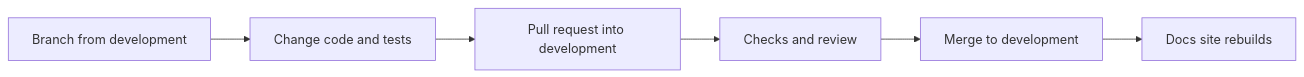
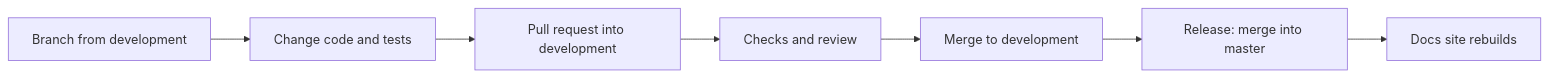
The diagram in documentation/developer-guide/index.md (cstuart-loomconnect/AIAssist-Docs), drawn with Mermaid before and after one commit. The commit also changed other lines of this file and 4 other files, not shown here.

First line of the commit message:
docs: build the site from master so every release republishes it

````diff
--- a/documentation/developer-guide/index.md
+++ b/documentation/developer-guide/index.md
@@ -29,8 +29,9 @@
 ```mermaid
 flowchart LR
     A[Branch from development] --> B[Change code and tests]
     B --> C[Pull request into development]
     C --> D[Checks and review]
     D --> E[Merge to development]
-    E --> F[Docs site rebuilds]
+    E --> F[Release: merge into master]
+    F --> G[Docs site rebuilds]
 ```
````
